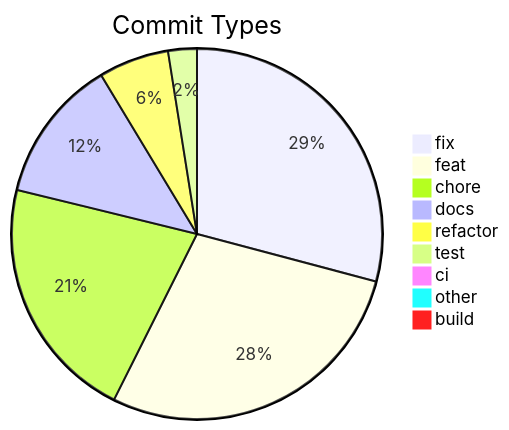
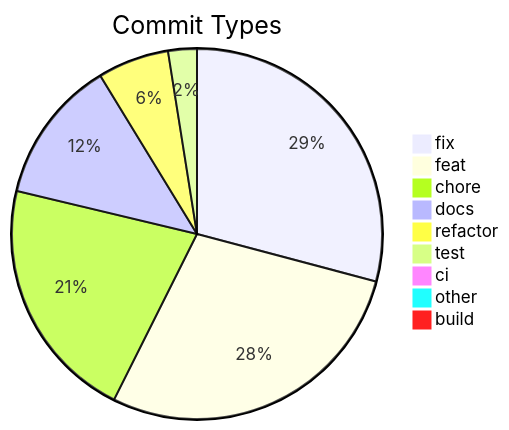
One commit to svenroth-ai/shipwright changed the diagram in .shipwright/compliance/change-history.md. Above: the diagram before and after it, drawn with Mermaid. The commit also changed other lines of this file and 57 other files, not shown here.

````diff
--- a/.shipwright/compliance/change-history.md
+++ b/.shipwright/compliance/change-history.md
@@ -8,12 +8,12 @@
 ```mermaid
 pie title Commit Types
     "fix" : 337
     "feat" : 327
-    "chore" : 248
+    "chore" : 247
     "docs" : 145
-    "refactor" : 71
+    "refactor" : 72
     "test" : 29
     "ci" : 11
     "other" : 9
     "build" : 1
 ```
````
